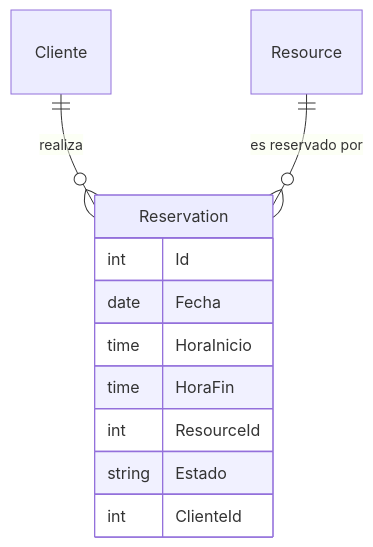
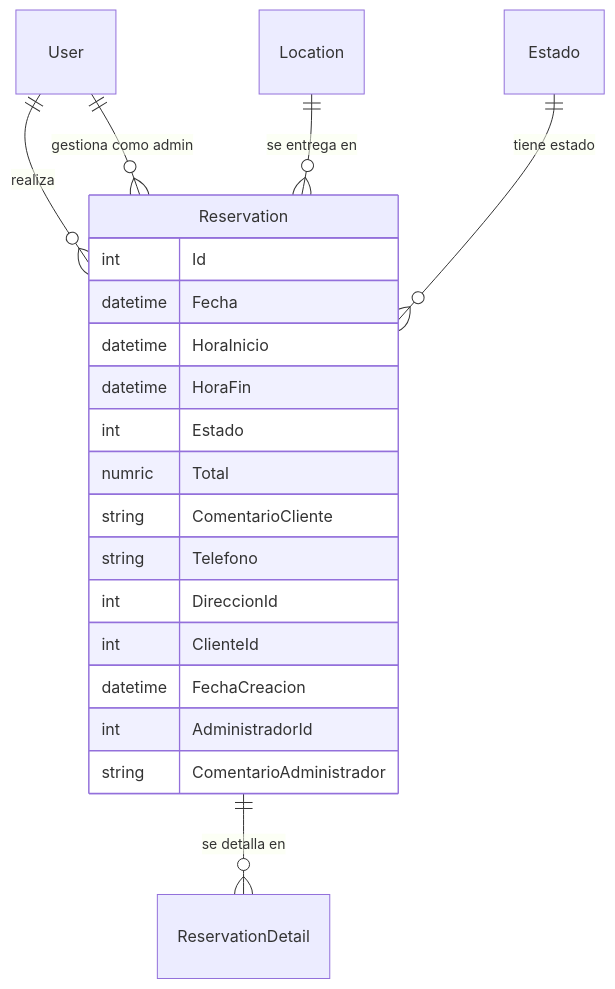
One commit to jose-angell/EventResourceReservationAppDocs changed the diagram in docs/models-domain/reservation.md. Above: the diagram before and after it, drawn with Mermaid. The commit also changed other lines of this file and 8 other files, not shown here.

````diff
--- a/docs/models-domain/reservation.md
+++ b/docs/models-domain/reservation.md
@@ -10,16 +23,24 @@
  ``` mermaid
 erDiagram
     Reservation {
         int Id
-        date Fecha
-        time HoraInicio
-        time HoraFin
-        int ResourceId
-        string Estado
+        datetime Fecha
+        datetime HoraInicio
+        datetime HoraFin
+        int Estado
+        numric Total
+        string ComentarioCliente
+        string Telefono
+        int DireccionId
         int ClienteId
+        datetime FechaCreacion
+        int AdministradorId
+        string ComentarioAdministrador
     }
-    
-    Cliente ||--o{ Reservation : "realiza"
-    Resource ||--o{ Reservation : "es reservado por"
 
+    User ||--o{ Reservation : "realiza"
+    User ||--o{ Reservation : "gestiona como admin"
+    Location ||--o{ Reservation : "se entrega en"
+    Estado ||--o{ Reservation : "tiene estado"
+    Reservation ||--o{ ReservationDetail : "se detalla en"
 ```
````
